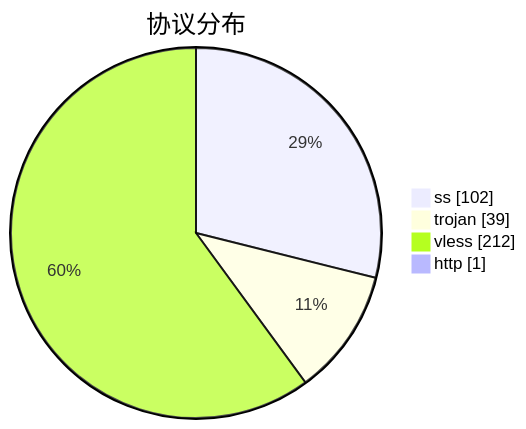
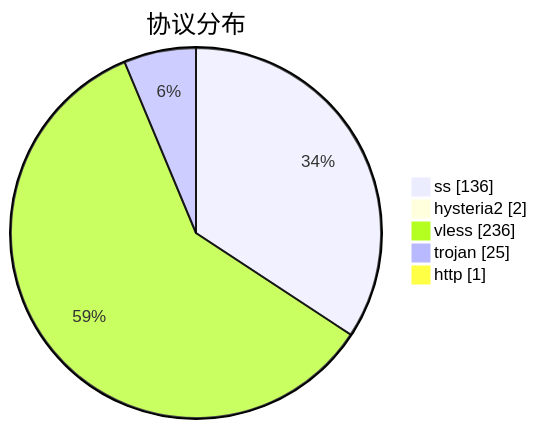
The third of 3 diagrams in subs/statistics/tested_within.md (qjlxg/airport), drawn with Mermaid before and after one commit. The commit also changed other lines of this file and 2 other files, not shown here.

````diff
--- a/subs/statistics/tested_within.md
+++ b/subs/statistics/tested_within.md
@@ -19,8 +18,9 @@
 ```mermaid
 pie showData
 title 协议分布
-"ss" : 102
-"trojan" : 39
-"vless" : 212
+"ss" : 136
+"hysteria2" : 2
+"vless" : 236
+"trojan" : 25
 "http" : 1
 ```
````
